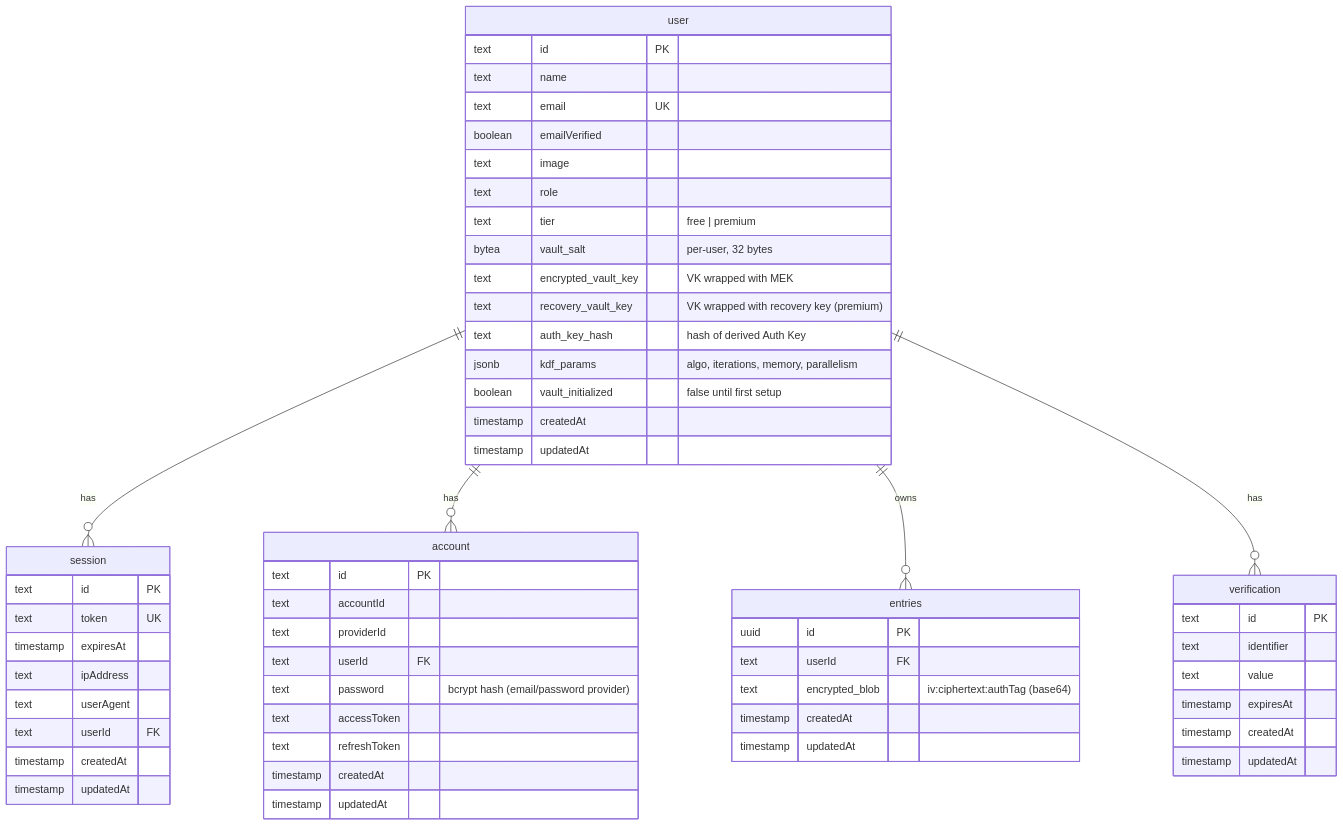
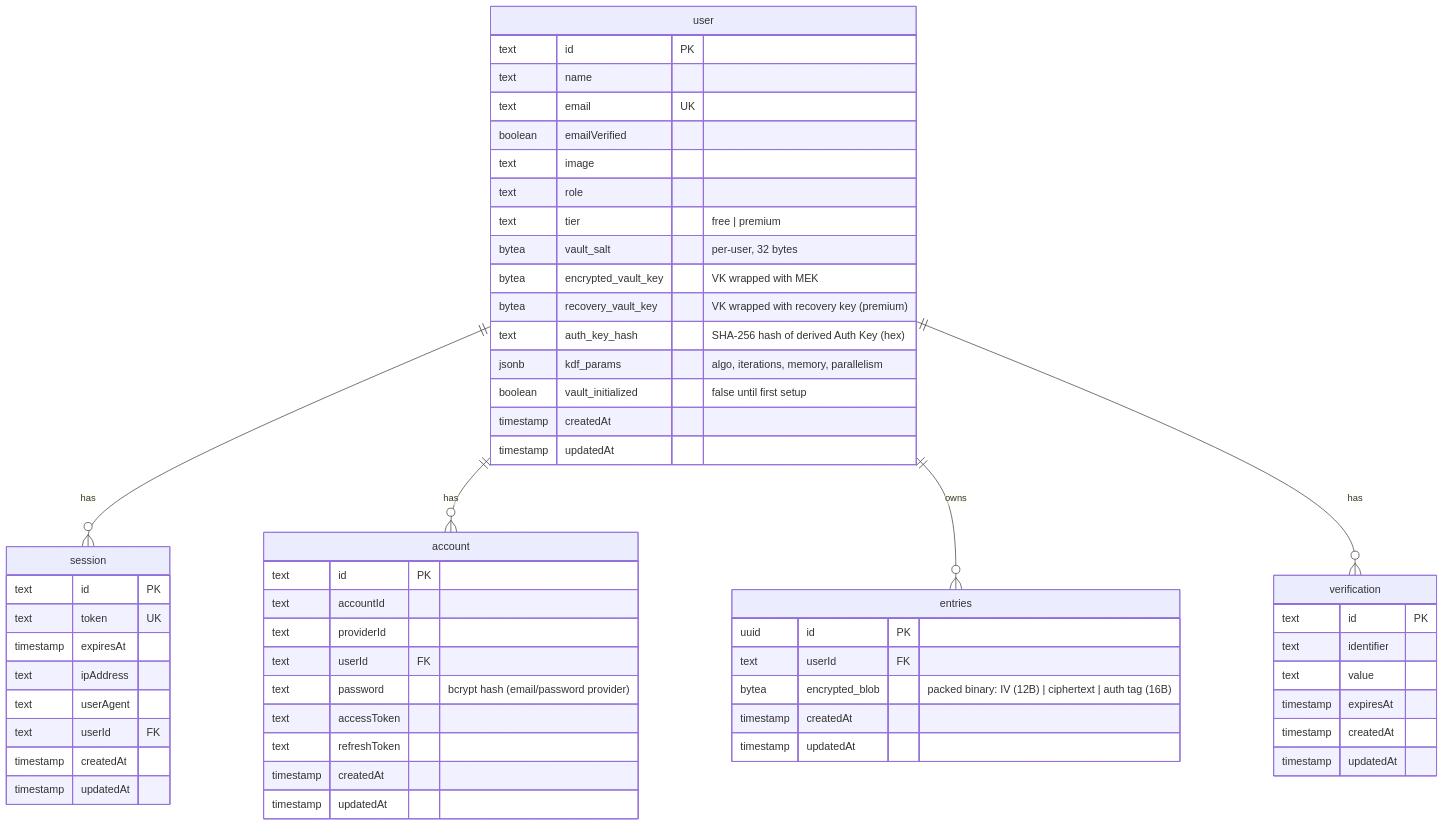
One commit to kunalsinghdadhwal/lockr changed the second of 8 diagrams in docs/ARCHITECTURE.md. Above: the diagram before and after it, drawn with Mermaid. The commit also changed other lines of this file, not shown here.

````diff
--- a/docs/ARCHITECTURE.md
+++ b/docs/ARCHITECTURE.md
@@ -171,65 +171,65 @@
 ```mermaid
 erDiagram
     user {
         text id PK
         text name
         text email UK
         boolean emailVerified
         text image
         text role
         text tier "free | premium"
         bytea vault_salt "per-user, 32 bytes"
-        text encrypted_vault_key "VK wrapped with MEK"
-        text recovery_vault_key "VK wrapped with recovery key (premium)"
-        text auth_key_hash "hash of derived Auth Key"
+        bytea encrypted_vault_key "VK wrapped with MEK"
+        bytea recovery_vault_key "VK wrapped with recovery key (premium)"
+        text auth_key_hash "SHA-256 hash of derived Auth Key (hex)"
         jsonb kdf_params "algo, iterations, memory, parallelism"
         boolean vault_initialized "false until first setup"
         timestamp createdAt
         timestamp updatedAt
     }
 
     session {
         text id PK
         text token UK
         timestamp expiresAt
         text ipAddress
         text userAgent
         text userId FK
         timestamp createdAt
         timestamp updatedAt
     }
 
     account {
         text id PK
         text accountId
         text providerId
         text userId FK
         text password "bcrypt hash (email/password provider)"
         text accessToken
         text refreshToken
         timestamp createdAt
         timestamp updatedAt
     }
 
     entries {
         uuid id PK
         text userId FK
-        text encrypted_blob "iv:ciphertext:authTag (base64)"
+        bytea encrypted_blob "packed binary: IV (12B) | ciphertext | auth tag (16B)"
         timestamp createdAt
         timestamp updatedAt
     }
 
     verification {
         text id PK
         text identifier
         text value
         timestamp expiresAt
         timestamp createdAt
         timestamp updatedAt
     }
 
     user ||--o{ session : has
     user ||--o{ account : has
     user ||--o{ entries : owns
     user ||--o{ verification : has
 ```
````
